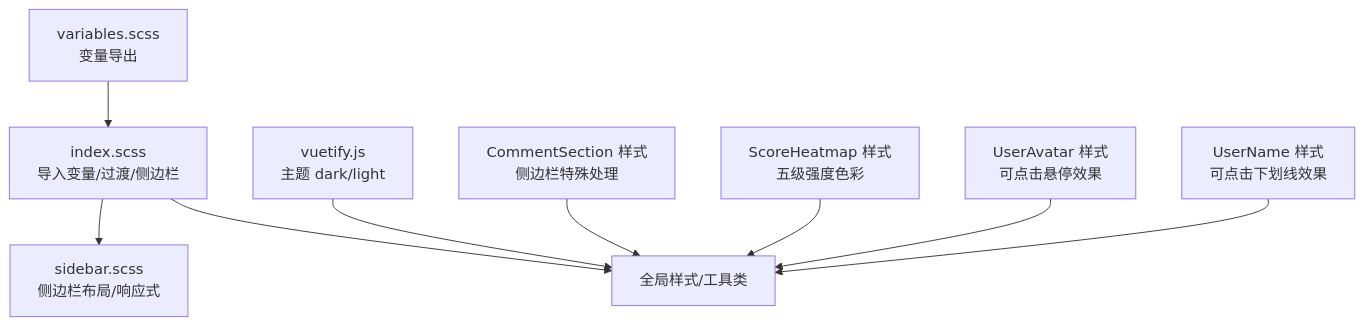
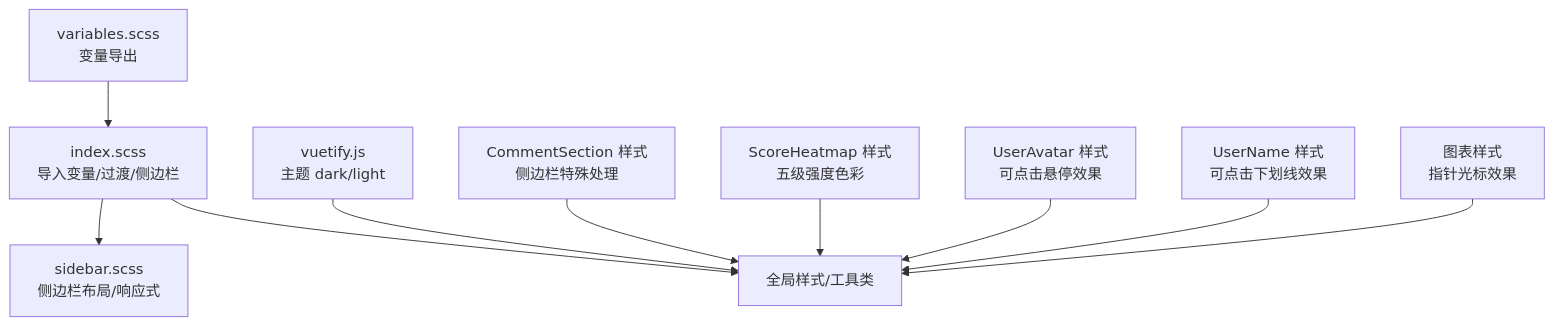
One commit to TinyMaD/SpeedRunnersLab changed diagram 12 of 14 in .qoder/repowiki/zh/content/前端应用/UI 组件库/UI 组件库.md. Above: the diagram before and after it, drawn with Mermaid. The commit also changed other lines of this file and 5 other files, not shown here.

````diff
--- a/.qoder/repowiki/zh/content/前端应用/UI 组件库/UI 组件库.md
+++ b/.qoder/repowiki/zh/content/前端应用/UI 组件库/UI 组件库.md
@@ -509,11 +534,12 @@
 ```mermaid
 flowchart TD
 Vars["variables.scss<br/>变量导出"] --> IndexSCSS["index.scss<br/>导入变量/过渡/侧边栏"]
 IndexSCSS --> SidebarSCSS["sidebar.scss<br/>侧边栏布局/响应式"]
 IndexSCSS --> Global["全局样式/工具类"]
 VuetifyTheme["vuetify.js<br/>主题 dark/light"] --> Global
 CommentStyle["CommentSection 样式<br/>侧边栏特殊处理"] --> Global
 HeatmapStyle["ScoreHeatmap 样式<br/>五级强度色彩"] --> Global
 AvatarStyle["UserAvatar 样式<br/>可点击悬停效果"] --> Global
 NameStyle["UserName 样式<br/>可点击下划线效果"] --> Global
+ChartCursor["图表样式<br/>指针光标效果"] --> Global
 ```
````
